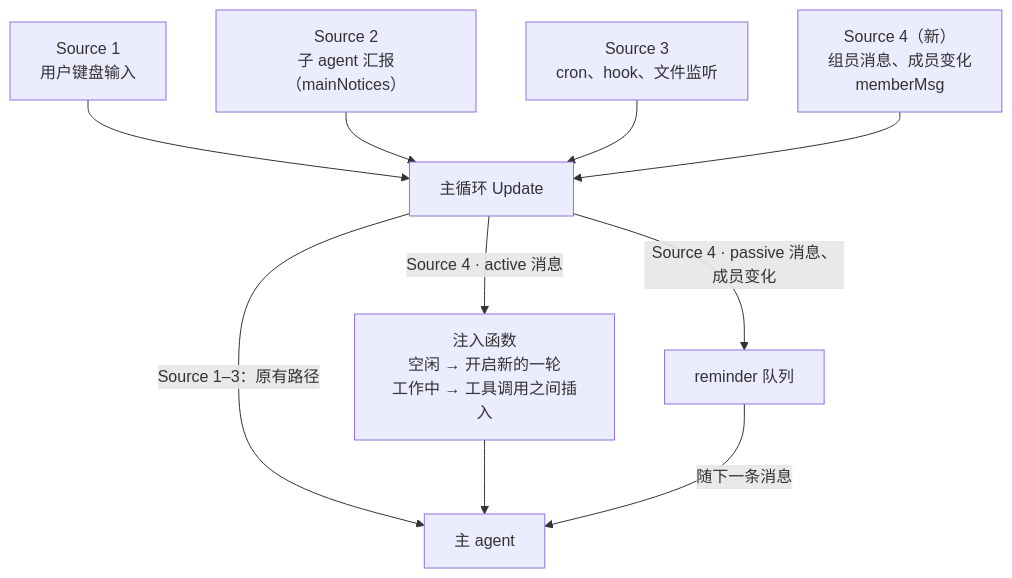
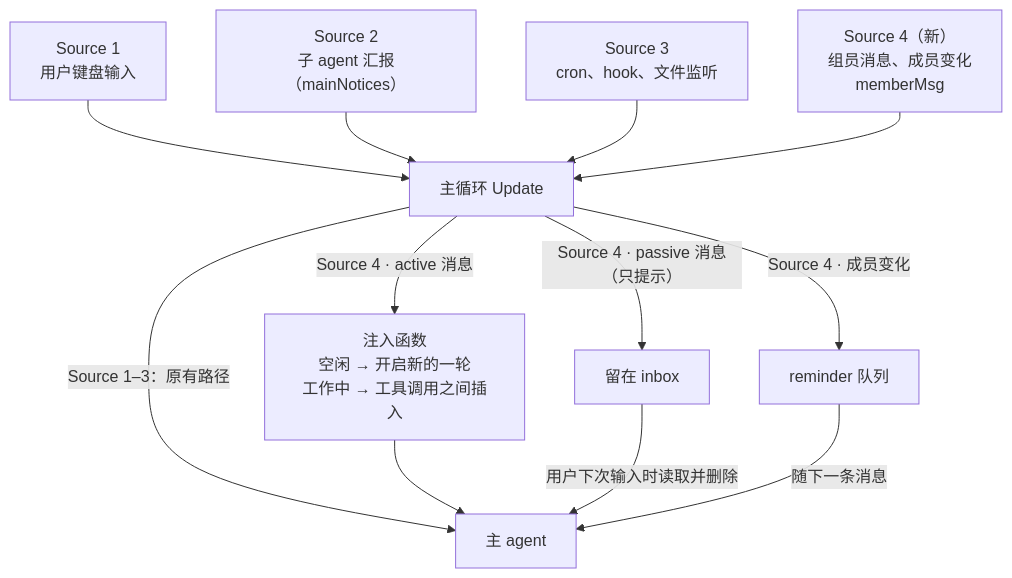
The fifth of 5 diagrams in docs/design/proposals/0003-session-groups.zh.md (genai-io/san), drawn with Mermaid before and after one commit. The commit also changed other lines of this file and 1 other file, not shown here.

````diff
--- a/docs/design/proposals/0003-session-groups.zh.md
+++ b/docs/design/proposals/0003-session-groups.zh.md
@@ -322,10 +329,11 @@
 ```mermaid
 flowchart TB
     S1["Source 1<br/>用户键盘输入"] --> U
     S2["Source 2<br/>子 agent 汇报（mainNotices）"] --> U
     S3["Source 3<br/>cron、hook、文件监听"] --> U
     S4["Source 4（新）<br/>组员消息、成员变化<br/>memberMsg"] --> U
     U["主循环 Update"] -->|"Source 1–3：原有路径"| A["主 agent"]
     U -->|"Source 4 · active 消息"| I["注入函数<br/>空闲 → 开启新的一轮<br/>工作中 → 工具调用之间插入"] --> A
-    U -->|"Source 4 · passive 消息、成员变化"| Q["reminder 队列"] -->|随下一条消息| A
+    U -->|"Source 4 · passive 消息（只提示）"| IB["留在 inbox"] -->|用户下次输入时读取并删除| A
+    U -->|"Source 4 · 成员变化"| Q["reminder 队列"] -->|随下一条消息| A
 ```
````
